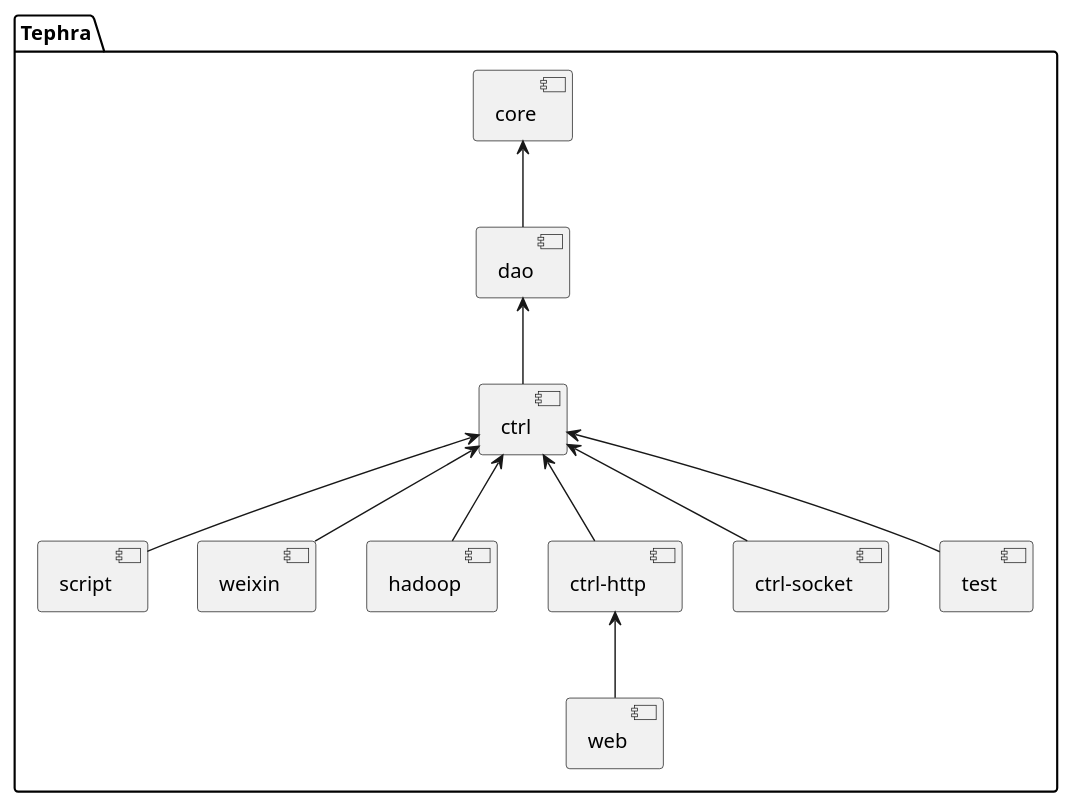
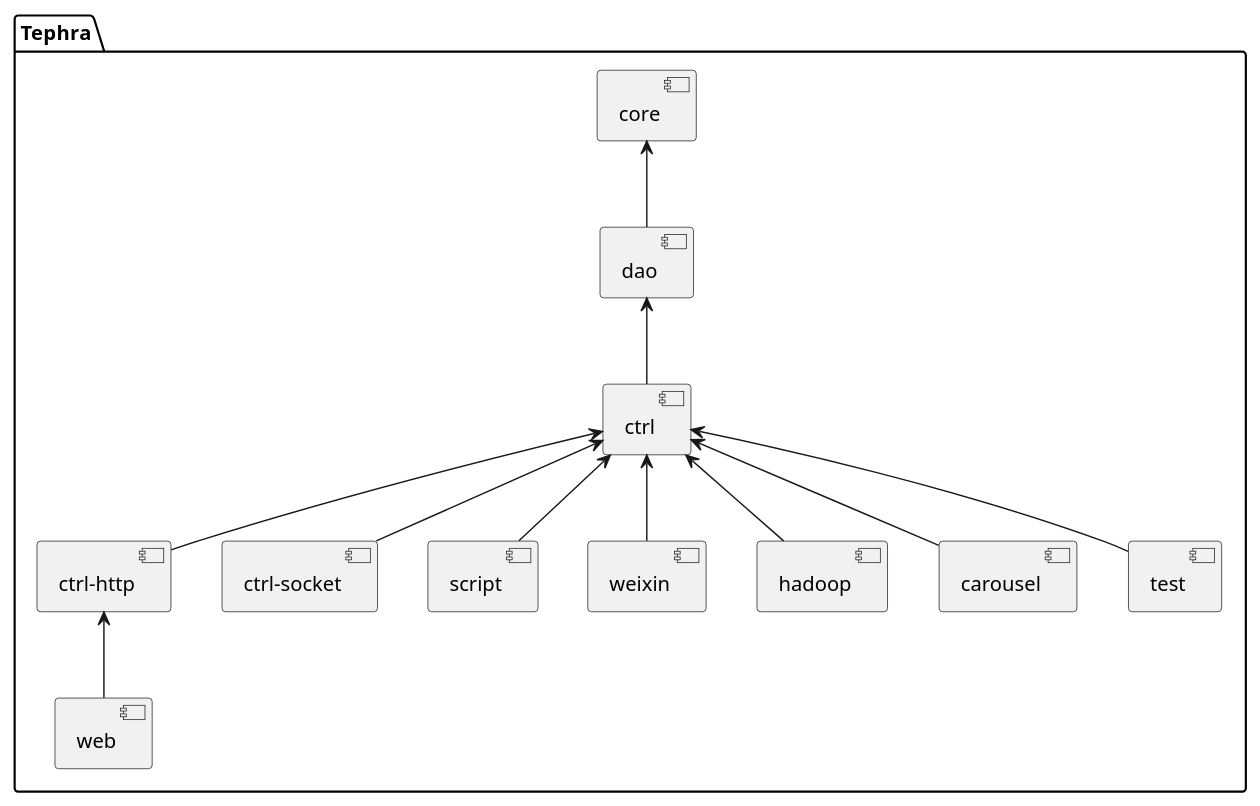
The diagram in doc/uml/front/first/module.puml (wangscript007/tephra), drawn with PlantUML before and after one commit. The commit also changed 11 other files, not shown here.

```diff
--- a/doc/uml/front/first/module.puml
+++ b/doc/uml/front/first/module.puml
@@ -1,16 +1,17 @@
 @startuml
 
 package Tephra {
 [core]
 [core] <-- [dao]
 [dao] <-- [ctrl]
+[ctrl] <-- [ctrl-http]
+[ctrl] <-- [ctrl-socket]
 [ctrl] <-- [script]
 [ctrl] <-- [weixin]
 [ctrl] <-- [hadoop]
-[ctrl] <-- [ctrl-http]
-[ctrl] <-- [ctrl-socket]
+[ctrl] <-- [carousel]
 [ctrl-http] <-- [web]
 [ctrl] <-- [test]
 }
 
 @enduml
```
